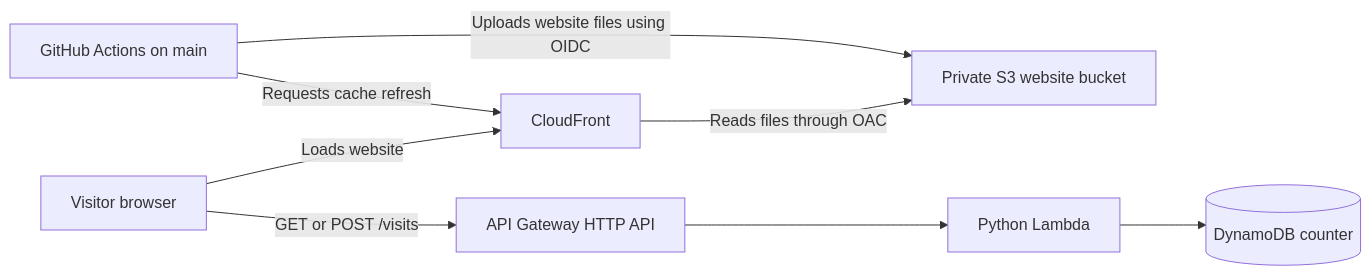
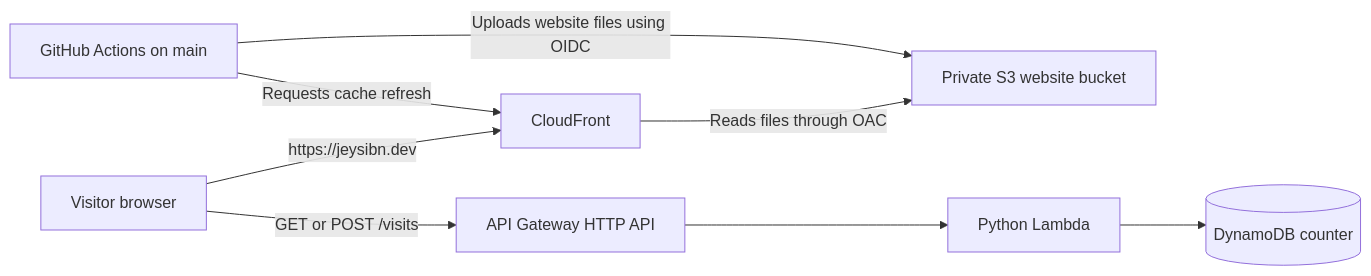
Before and after one commit to Jeysibn/cloud-resume-challenge: the diagram in README.md, drawn with Mermaid. The commit also changed other lines of this file and 8 other files, not shown here.

````diff
--- a/README.md
+++ b/README.md
@@ -9,18 +9,18 @@
 ```mermaid
 flowchart LR
     Browser[Visitor browser]
     CloudFront[CloudFront]
     Website[Private S3 website bucket]
     API[API Gateway HTTP API]
     Lambda[Python Lambda]
     Counter[(DynamoDB counter)]
     Actions[GitHub Actions on main]
 
-    Browser -->|Loads website| CloudFront
+    Browser -->|https://jeysibn.dev| CloudFront
     CloudFront -->|Reads files through OAC| Website
     Browser -->|GET or POST /visits| API
     API --> Lambda
     Lambda --> Counter
     Actions -->|Uploads website files using OIDC| Website
     Actions -->|Requests cache refresh| CloudFront
 ```
````
